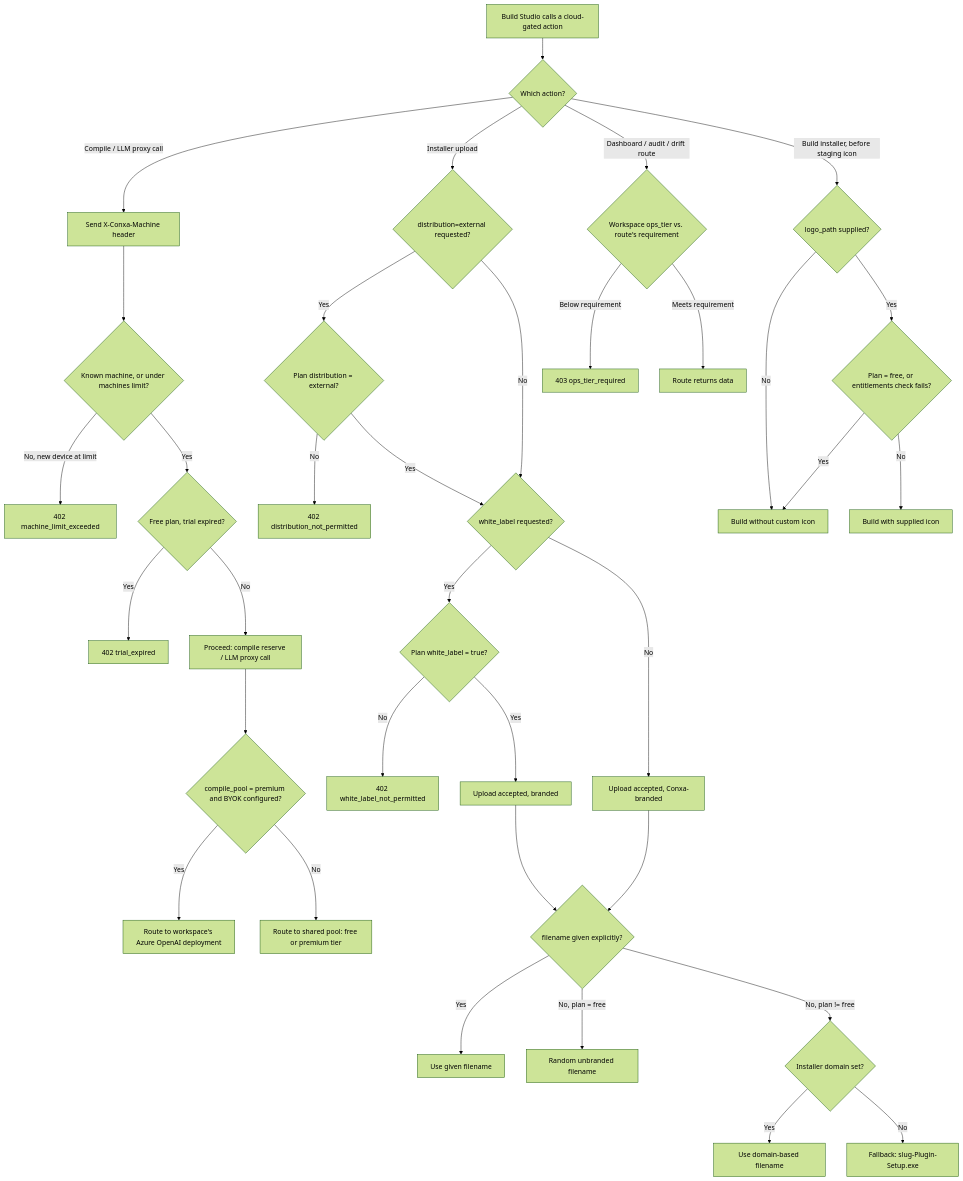
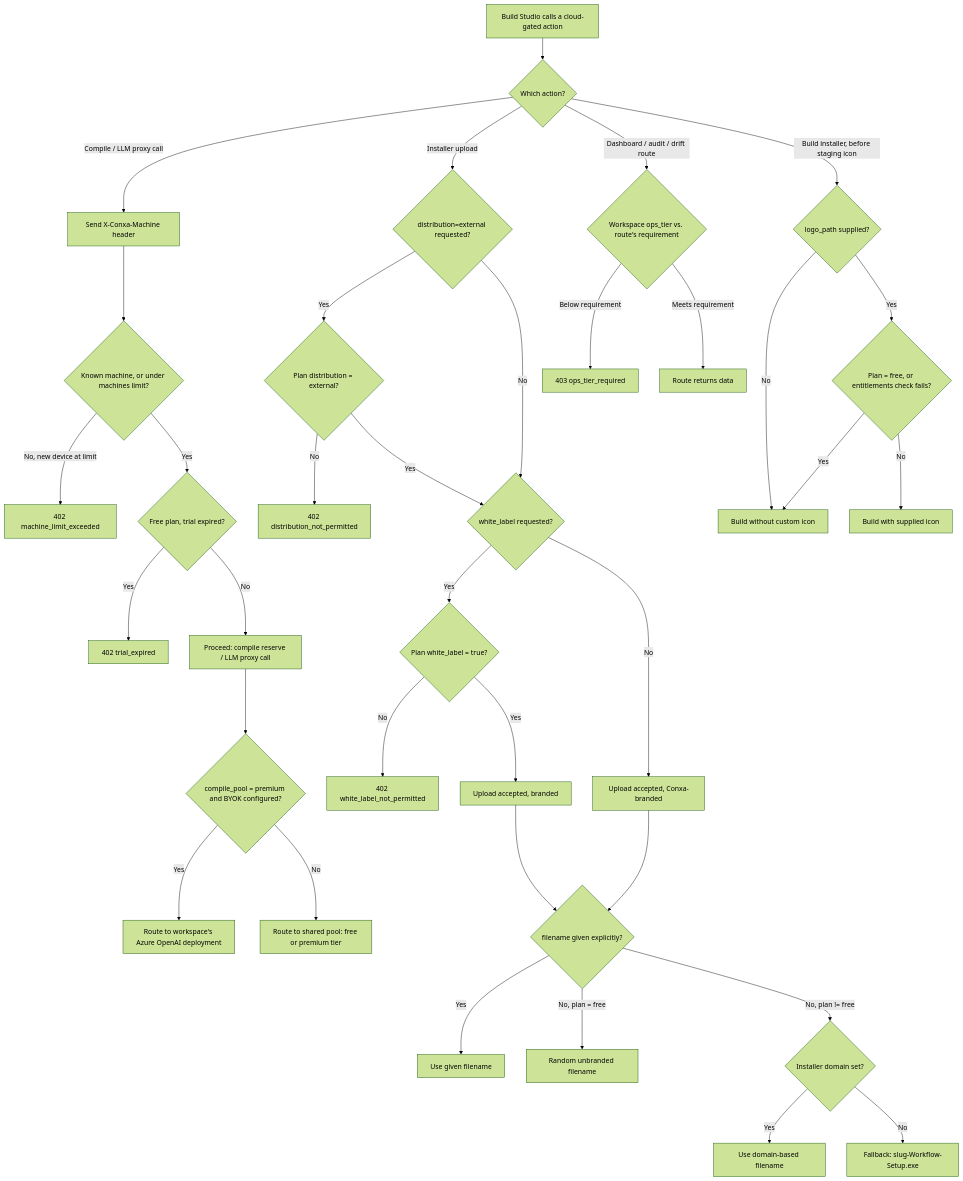
Before and after one commit to Cannonbold2412/CONXA: diagram 19 of 19 in docs/App-Flow.md, drawn with Mermaid (forest theme). The commit also changed other lines of this file and 8 other files, not shown here.

First line of the commit message:
docs: update TRD/PRD/Backend-Schema/UI-UX-Brief for Workflow/SkillPack and pricing ladder

````diff
--- a/docs/App-Flow.md
+++ b/docs/App-Flow.md
@@ -635,40 +642,40 @@
 ```mermaid
 flowchart TD
     A[Build Studio calls a cloud-gated action] --> B{Which action?}
     B -->|Compile / LLM proxy call| C[Send X-Conxa-Machine header]
     C --> D{Known machine, or under machines limit?}
     D -->|No, new device at limit| E[402 machine_limit_exceeded]
     D -->|Yes| F{Free plan, trial expired?}
     F -->|Yes| G[402 trial_expired]
     F -->|No| H[Proceed: compile reserve / LLM proxy call]
     H --> I{compile_pool = premium and BYOK configured?}
     I -->|Yes| J[Route to workspace's Azure OpenAI deployment]
     I -->|No| K[Route to shared pool: free or premium tier]
 
     B -->|Installer upload| L{distribution=external requested?}
     L -->|Yes| M{Plan distribution = external?}
     M -->|No| N[402 distribution_not_permitted]
     M -->|Yes| O{white_label requested?}
     L -->|No| O
     O -->|Yes| P{Plan white_label = true?}
     P -->|No| Q[402 white_label_not_permitted]
     P -->|Yes| R[Upload accepted, branded]
     O -->|No| S[Upload accepted, Conxa-branded]
     R --> AE{filename given explicitly?}
     S --> AE
     AE -->|Yes| AF[Use given filename]
     AE -->|No, plan = free| AG[Random unbranded filename]
     AE -->|No, plan != free| AH{Installer domain set?}
     AH -->|Yes| AI[Use domain-based filename]
-    AH -->|No| AJ["Fallback: slug-Plugin-Setup.exe"]
+    AH -->|No| AJ["Fallback: slug-Workflow-Setup.exe"]
 
     B -->|Dashboard / audit / drift route| T{Workspace ops_tier vs. route's requirement}
     T -->|Below requirement| U[403 ops_tier_required]
     T -->|Meets requirement| V[Route returns data]
 
     B -->|Build installer, before staging icon| AK{logo_path supplied?}
     AK -->|No| AL[Build without custom icon]
     AK -->|Yes| AM{Plan = free, or entitlements check fails?}
     AM -->|Yes| AL
     AM -->|No| AN[Build with supplied icon]
 ```
````
